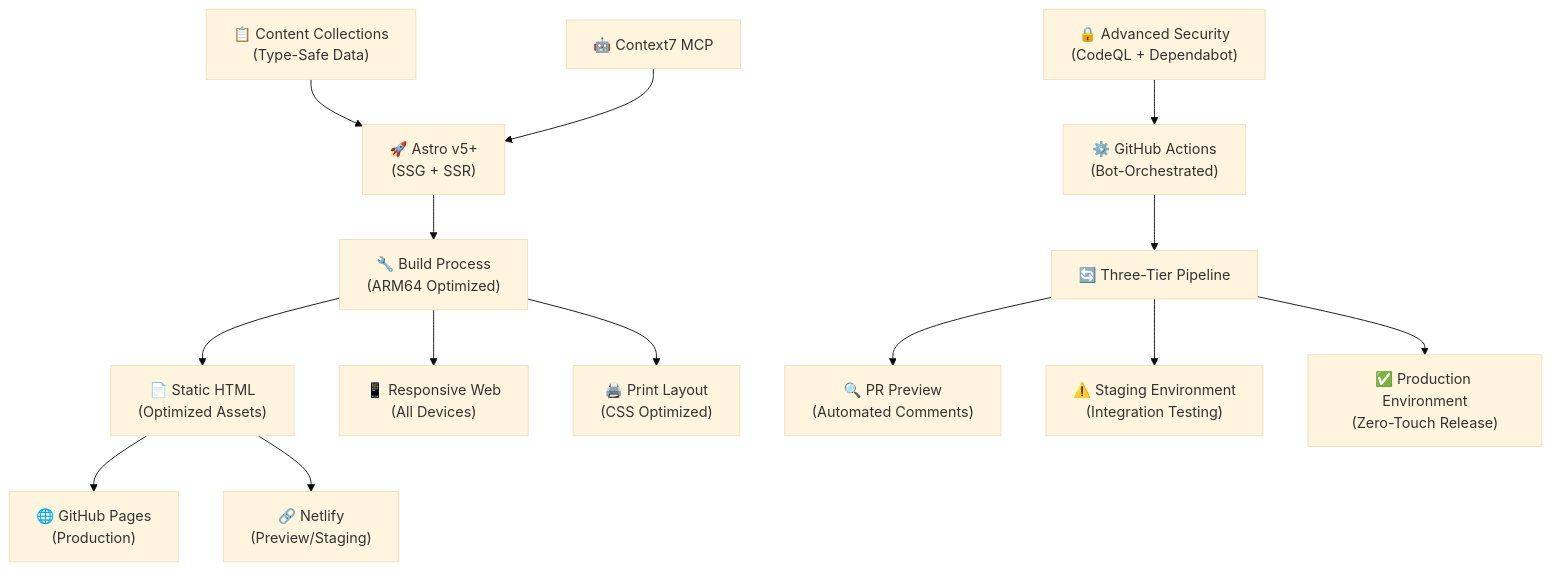
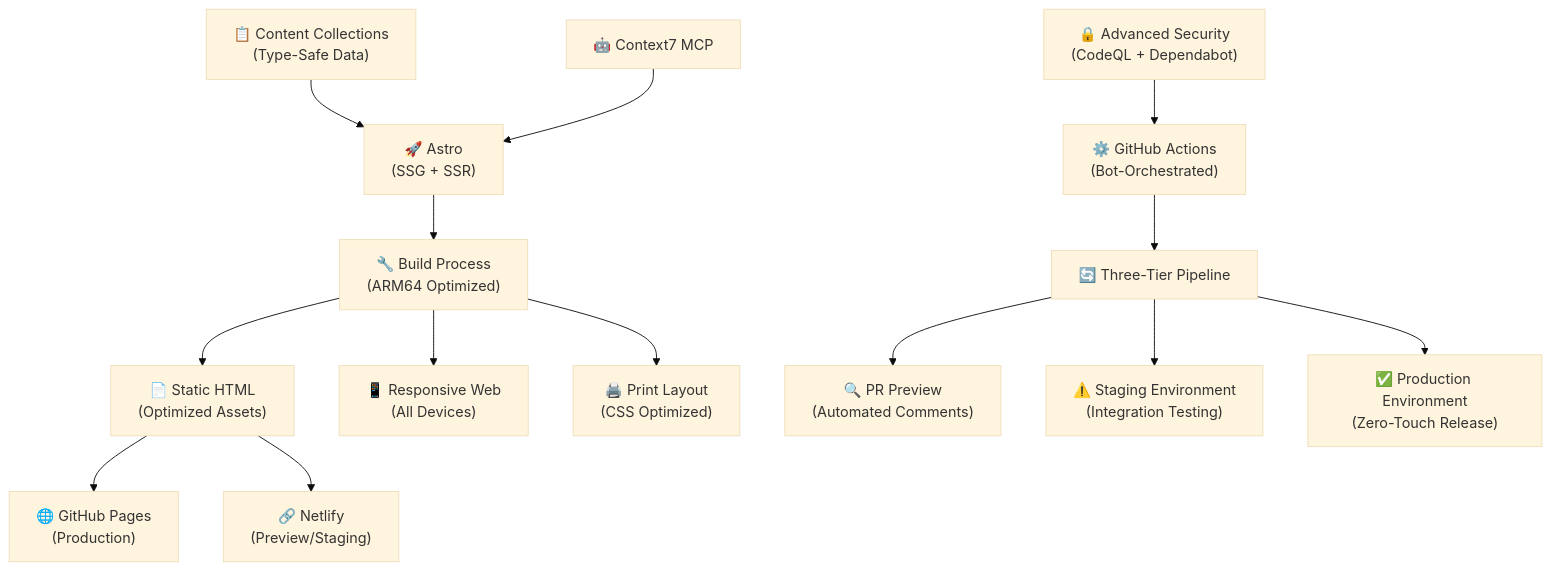
One commit to rafilkmp3/resume-as-code changed the diagram in README.md. Above: the diagram before and after it, drawn with Mermaid (base theme). The commit also changed other lines of this file, not shown here.

````diff
--- a/README.md
+++ b/README.md
@@ -107,19 +107,19 @@
 ```mermaid
 graph TB
-    A["📋 Content Collections<br/>(Type-Safe Data)"] --> B["🚀 Astro v5+<br/>(SSG + SSR)"] 
+    A["📋 Content Collections<br/>(Type-Safe Data)"] --> B["🚀 Astro<br/>(SSG + SSR)"] 
     B --> C["🔧 Build Process<br/>(ARM64 Optimized)"]
     C --> D["📄 Static HTML<br/>(Optimized Assets)"]
     C --> E["📱 Responsive Web<br/>(All Devices)"]
     C --> F["🖨️ Print Layout<br/>(CSS Optimized)"]
     
     D --> H["🌐 GitHub Pages<br/>(Production)"]
     D --> I["🔗 Netlify<br/>(Preview/Staging)"]
     
     J["⚙️ GitHub Actions<br/>(Bot-Orchestrated)"] --> K["🔄 Three-Tier Pipeline"]
     K --> L["🔍 PR Preview<br/>(Automated Comments)"]
     K --> M["⚠️ Staging Environment<br/>(Integration Testing)"]
     K --> N["✅ Production Environment<br/>(Zero-Touch Release)"]
     
     O["🤖 Context7 MCP"] --> B
     P["🔒 Advanced Security<br/>(CodeQL + Dependabot)"] --> J
 ```
````
